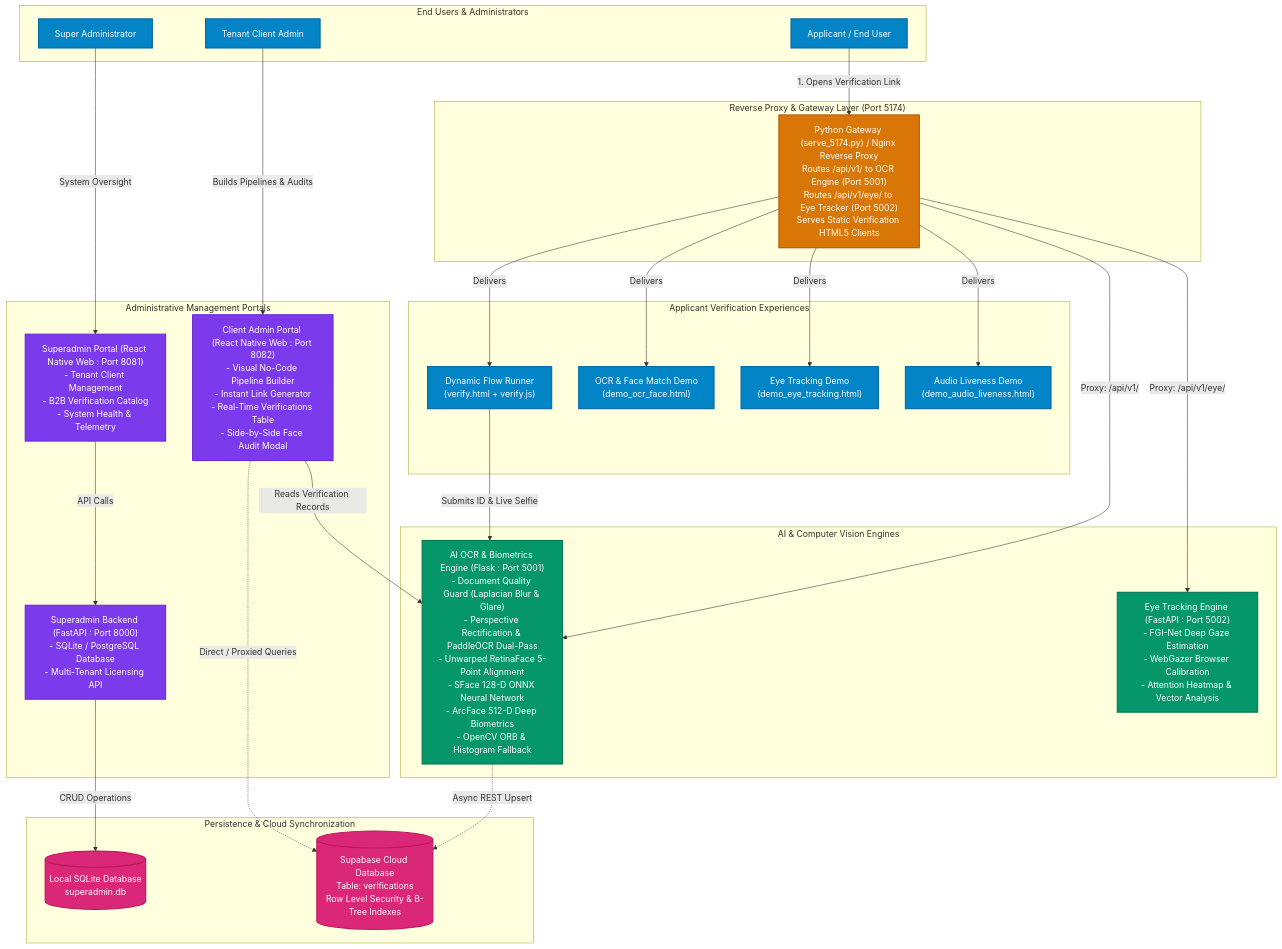
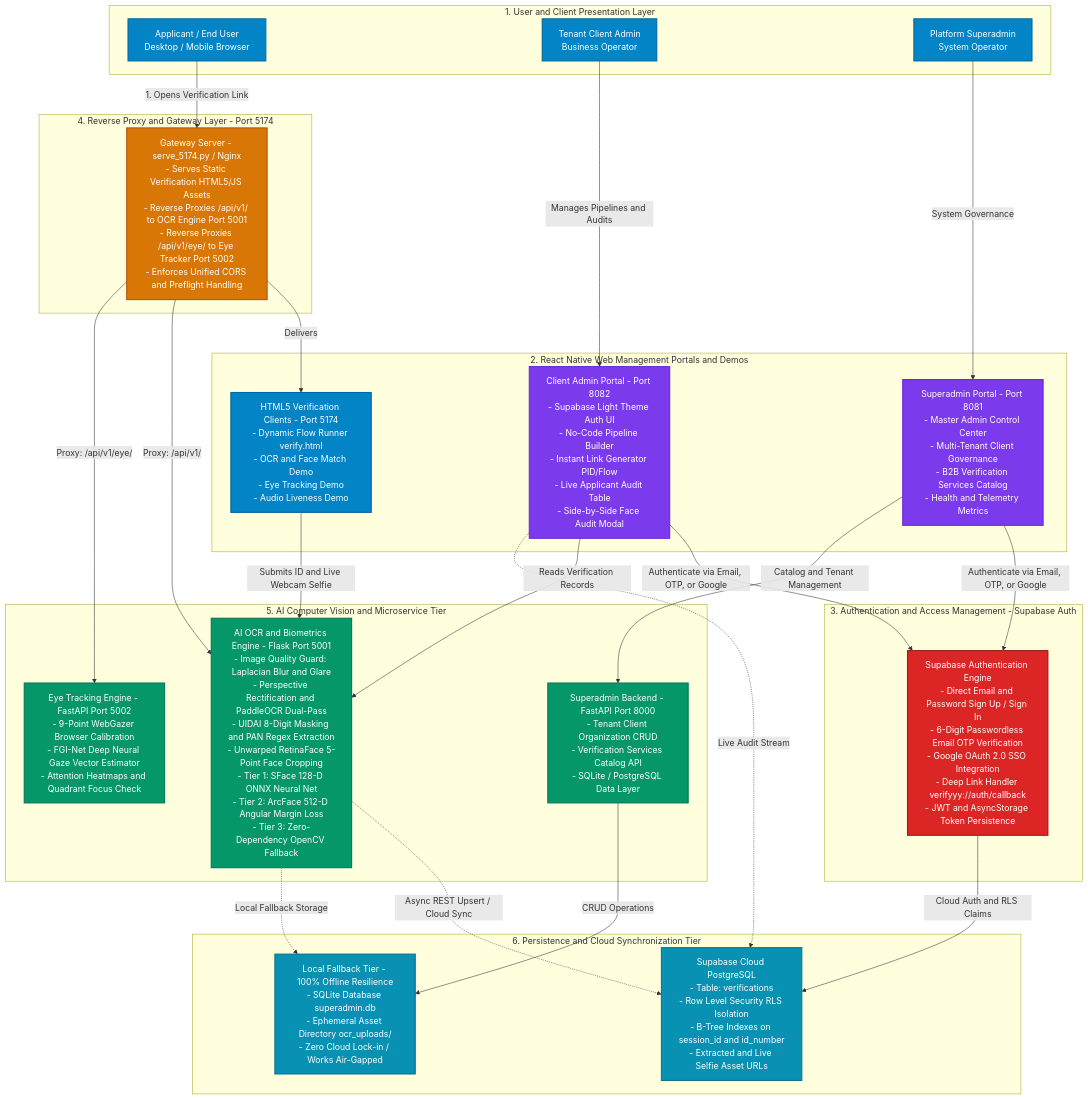
The first of 6 diagrams in README.md (Saravanan2005real/identity-verify-mvp), drawn with Mermaid before and after one commit. The commit also changed other lines of this file and 32 other files, not shown here.

Commit message:
feat: complete Supabase authentication, embedded vector architecture diagrams, and launcher scripts

````diff
--- a/README.md
+++ b/README.md
@@ -98,64 +104,66 @@
 ```mermaid
 graph TB
     classDef client fill:#0284c7,stroke:#0369a1,stroke-width:2px,color:#ffffff
+    classDef auth fill:#dc2626,stroke:#991b1b,stroke-width:2px,color:#ffffff
     classDef gateway fill:#d97706,stroke:#b45309,stroke-width:2px,color:#ffffff
     classDef ai fill:#059669,stroke:#047857,stroke-width:2px,color:#ffffff
     classDef app fill:#7c3aed,stroke:#6d28d9,stroke-width:2px,color:#ffffff
-    classDef data fill:#db2777,stroke:#be185d,stroke-width:2px,color:#ffffff
+    classDef data fill:#0891b2,stroke:#0e7490,stroke-width:2px,color:#ffffff
 
-    subgraph EndUsers ["End Users & Administrators"]
-        Applicant["Applicant / End User"]:::client
-        TenantAdmin["Tenant Client Admin"]:::client
-        SuperAdmin["Super Administrator"]:::client
+    subgraph UserTier ["1. User and Client Presentation Layer"]
+        Applicant["Applicant / End User<br/>Desktop / Mobile Browser"]:::client
+        TenantAdmin["Tenant Client Admin<br/>Business Operator"]:::client
+        SuperAdmin["Platform Superadmin<br/>System Operator"]:::client
     end
 
-    subgraph GatewayLayer ["Reverse Proxy & Gateway Layer (Port 5174)"]
-        Gateway["Python Gateway (serve_5174.py) / Nginx Reverse Proxy<br/>Routes /api/v1/ to OCR Engine (Port 5001)<br/>Routes /api/v1/eye/ to Eye Tracker (Port 5002)<br/>Serves Static Verification HTML5 Clients"]:::gateway
+    subgraph Frontends ["2. React Native Web Management Portals and Demos"]
+        AdminFE["Client Admin Portal - Port 8082<br/>- Supabase Light Theme Auth UI<br/>- No-Code Pipeline Builder<br/>- Instant Link Generator PID/Flow<br/>- Live Applicant Audit Table<br/>- Side-by-Side Face Audit Modal"]:::app
+        SuperAdminFE["Superadmin Portal - Port 8081<br/>- Master Admin Control Center<br/>- Multi-Tenant Client Governance<br/>- B2B Verification Services Catalog<br/>- Health and Telemetry Metrics"]:::app
+        VerificationDemos["HTML5 Verification Clients - Port 5174<br/>- Dynamic Flow Runner verify.html<br/>- OCR and Face Match Demo<br/>- Eye Tracking Demo<br/>- Audio Liveness Demo"]:::client
     end
 
-    subgraph VerificationClients ["Applicant Verification Experiences"]
-        FlowRunner["Dynamic Flow Runner<br/>(verify.html + verify.js)"]:::client
-        OCRDemo["OCR & Face Match Demo<br/>(demo_ocr_face.html)"]:::client
-        EyeDemo["Eye Tracking Demo<br/>(demo_eye_tracking.html)"]:::client
-        AudioDemo["Audio Liveness Demo<br/>(demo_audio_liveness.html)"]:::client
+    subgraph IdentityLayer ["3. Authentication and Access Management - Supabase Auth"]
+        AuthService["Supabase Authentication Engine<br/>- Direct Email and Password Sign Up / Sign In<br/>- 6-Digit Passwordless Email OTP Verification<br/>- Google OAuth 2.0 SSO Integration<br/>- Deep Link Handler verifyyy://auth/callback<br/>- JWT and AsyncStorage Token Persistence"]:::auth
     end
 
-    subgraph AIMicroservices ["AI & Computer Vision Engines"]
-        OCRService["AI OCR & Biometrics Engine (Flask : Port 5001)<br/>- Document Quality Guard (Laplacian Blur & Glare)<br/>- Perspective Rectification & PaddleOCR Dual-Pass<br/>- Unwarped RetinaFace 5-Point Alignment<br/>- SFace 128-D ONNX Neural Network<br/>- ArcFace 512-D Deep Biometrics<br/>- OpenCV ORB & Histogram Fallback"]:::ai
-        EyeService["Eye Tracking Engine (FastAPI : Port 5002)<br/>- FGI-Net Deep Gaze Estimation<br/>- WebGazer Browser Calibration<br/>- Attention Heatmap & Vector Analysis"]:::ai
+    subgraph GatewayLayer ["4. Reverse Proxy and Gateway Layer - Port 5174"]
+        Gateway["Gateway Server - serve_5174.py / Nginx<br/>- Serves Static Verification HTML5/JS Assets<br/>- Reverse Proxies /api/v1/ to OCR Engine Port 5001<br/>- Reverse Proxies /api/v1/eye/ to Eye Tracker Port 5002<br/>- Enforces Unified CORS and Preflight Handling"]:::gateway
     end
 
-    subgraph ManagementApps ["Administrative Management Portals"]
-        AdminFE["Client Admin Portal (React Native Web : Port 8082)<br/>- Visual No-Code Pipeline Builder<br/>- Instant Link Generator<br/>- Real-Time Verifications Table<br/>- Side-by-Side Face Audit Modal"]:::app
-        SuperAdminFE["Superadmin Portal (React Native Web : Port 8081)<br/>- Tenant Client Management<br/>- B2B Verification Catalog<br/>- System Health & Telemetry"]:::app
-        SuperAdminBE["Superadmin Backend (FastAPI : Port 8000)<br/>- SQLite / PostgreSQL Database<br/>- Multi-Tenant Licensing API"]:::app
+    subgraph AIMicroservices ["5. AI Computer Vision and Microservice Tier"]
+        OCRService["AI OCR and Biometrics Engine - Flask Port 5001<br/>- Image Quality Guard: Laplacian Blur and Glare<br/>- Perspective Rectification and PaddleOCR Dual-Pass<br/>- UIDAI 8-Digit Masking and PAN Regex Extraction<br/>- Unwarped RetinaFace 5-Point Face Cropping<br/>- Tier 1: SFace 128-D ONNX Neural Net<br/>- Tier 2: ArcFace 512-D Angular Margin Loss<br/>- Tier 3: Zero-Dependency OpenCV Fallback"]:::ai
+        EyeService["Eye Tracking Engine - FastAPI Port 5002<br/>- 9-Point WebGazer Browser Calibration<br/>- FGI-Net Deep Neural Gaze Vector Estimator<br/>- Attention Heatmaps and Quadrant Focus Check"]:::ai
+        SuperAdminBE["Superadmin Backend - FastAPI Port 8000<br/>- Tenant Client Organization CRUD<br/>- Verification Services Catalog API<br/>- SQLite / PostgreSQL Data Layer"]:::ai
     end
 
-    subgraph StorageTier ["Persistence & Cloud Synchronization"]
-        LocalDB[("Local SQLite Database<br/>superadmin.db")]:::data
-        SupabaseCloud[("Supabase Cloud Database<br/>Table: verifications<br/>Row Level Security & B-Tree Indexes")]:::data
+    subgraph StorageTier ["6. Persistence and Cloud Synchronization Tier"]
+        SupabaseCloud["Supabase Cloud PostgreSQL<br/>- Table: verifications<br/>- Row Level Security RLS Isolation<br/>- B-Tree Indexes on session_id and id_number<br/>- Extracted and Live Selfie Asset URLs"]:::data
+        LocalDB["Local Fallback Tier - 100% Offline Resilience<br/>- SQLite Database superadmin.db<br/>- Ephemeral Asset Directory ocr_uploads/<br/>- Zero Cloud Lock-in / Works Air-Gapped"]:::data
     end
 
-    %% User Connections
+    %% User Interactions
     Applicant -->|"1. Opens Verification Link"| Gateway
-    TenantAdmin -->|"Builds Pipelines & Audits"| AdminFE
-    SuperAdmin -->|"System Oversight"| SuperAdminFE
+    TenantAdmin -->|"Manages Pipelines and Audits"| AdminFE
+    SuperAdmin -->|"System Governance"| SuperAdminFE
 
-    %% Gateway Routing
-    Gateway -->|"Delivers"| FlowRunner
-    Gateway -->|"Delivers"| OCRDemo
-    Gateway -->|"Delivers"| EyeDemo
-    Gateway -->|"Delivers"| AudioDemo
+    %% Auth Interactions
+    AdminFE -->|"Authenticate via Email, OTP, or Google"| AuthService
+    SuperAdminFE -->|"Authenticate via Email, OTP, or Google"| AuthService
+    AuthService -->|"Cloud Auth and RLS Claims"| SupabaseCloud
+
+    %% Gateway Delivery & Proxying
+    Gateway -->|"Delivers"| VerificationDemos
     Gateway -->|"Proxy: /api/v1/"| OCRService
     Gateway -->|"Proxy: /api/v1/eye/"| EyeService
 
-    %% Microservice Interactions
-    FlowRunner -->|"Submits ID & Live Selfie"| OCRService
+    %% Frontend to Backend Connections
+    VerificationDemos -->|"Submits ID and Live Webcam Selfie"| OCRService
     AdminFE -->|"Reads Verification Records"| OCRService
-    SuperAdminFE -->|"API Calls"| SuperAdminBE
+    SuperAdminFE -->|"Catalog and Tenant Management"| SuperAdminBE
     SuperAdminBE -->|"CRUD Operations"| LocalDB
 
     %% Cloud Sync
-    OCRService -.->|"Async REST Upsert"| SupabaseCloud
-    AdminFE -.->|"Direct / Proxied Queries"| SupabaseCloud
+    OCRService -.->|"Async REST Upsert / Cloud Sync"| SupabaseCloud
+    OCRService -.->|"Local Fallback Storage"| LocalDB
+    AdminFE -.->|"Live Audit Stream"| SupabaseCloud
 ```
````
